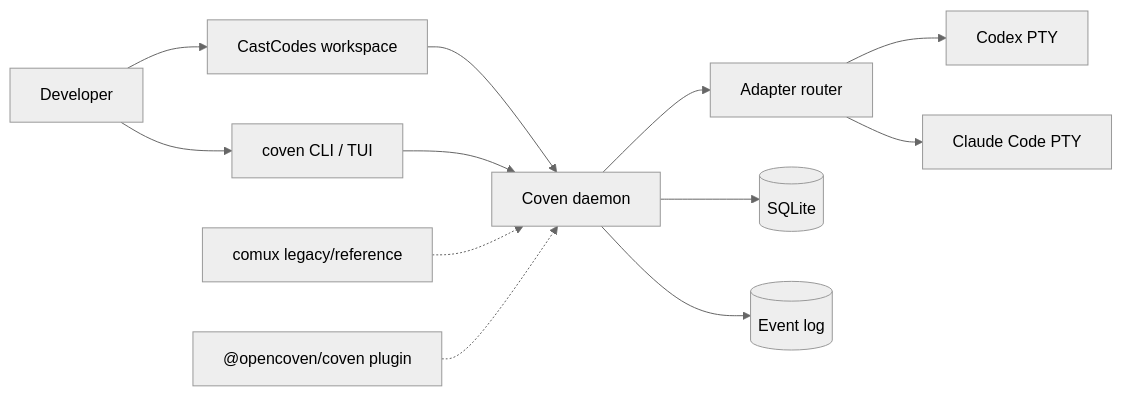
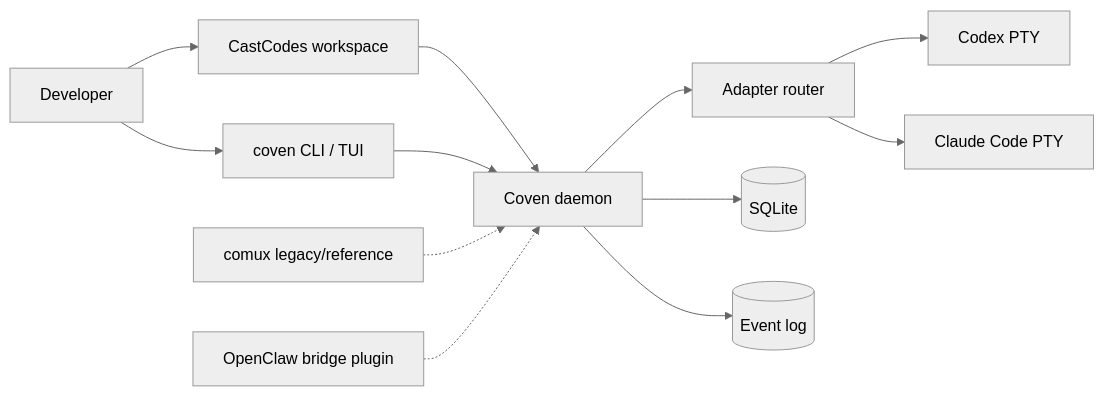
One commit to OpenCoven/coven changed the diagram in docs/concepts/runtime-topology.md. Above: the diagram before and after it, drawn with Mermaid (neutral theme). The commit also changed 48 other files, not shown here.

````diff
--- a/docs/concepts/runtime-topology.md
+++ b/docs/concepts/runtime-topology.md
@@ -9,14 +9,14 @@
 ```mermaid
 flowchart LR
   User[Developer] --> CastCodes[CastCodes workspace]
   CastCodes --> Daemon[Coven daemon]
   User --> CLI[coven CLI / TUI]
   CLI --> Daemon
   Comux[comux legacy/reference] -.-> Daemon
-  Plugin["@opencoven/coven plugin"] -.-> Daemon
+  Plugin["OpenClaw bridge plugin"] -.-> Daemon
   Daemon --> Adapter[Adapter router]
   Adapter --> Codex[Codex PTY]
   Adapter --> Claude[Claude Code PTY]
   Daemon --> Store[(SQLite)]
   Daemon --> Events[(Event log)]
 ```
````
